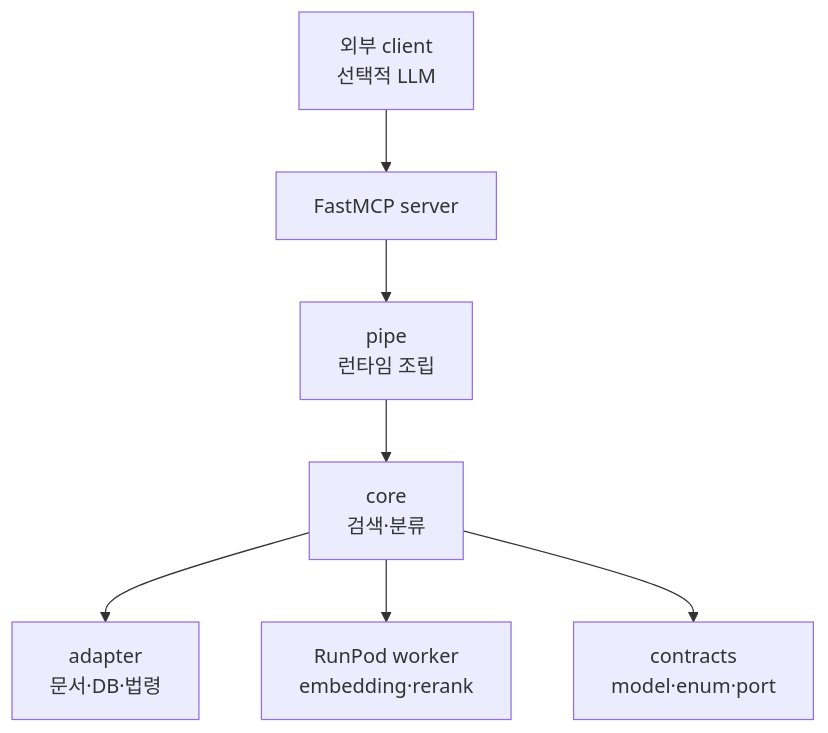
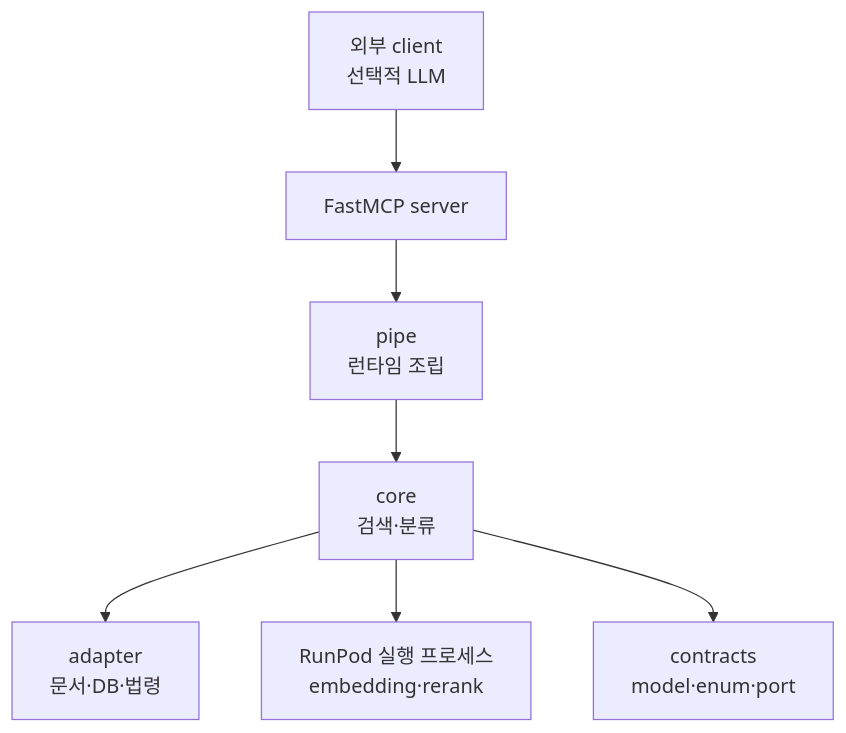
Before and after one commit to Hong1008/portfolio: the first of 2 diagrams in src/content/projects/workshield-mcp.mdx, drawn with Mermaid. The commit also changed other lines of this file and 32 other files, not shown here.

````diff
--- a/src/content/projects/workshield-mcp.mdx
+++ b/src/content/projects/workshield-mcp.mdx
@@ -134,11 +141,11 @@
 ```mermaid
 flowchart TD
 accTitle: WorkShield 시스템 책임 경계
-accDescr: 외부 클라이언트가 FastMCP 서버를 호출하고, 서버의 파이프라인이 문서와 검색 어댑터 및 RunPod 모델 worker를 사용하는 구조
+accDescr: 외부 클라이언트가 FastMCP 서버를 호출하고, 서버의 파이프라인이 문서와 검색 어댑터 및 RunPod 모델 실행 프로세스를 사용하는 구조
     C["외부 client<br/>선택적 LLM"] --> S["FastMCP server"]
     S --> P["pipe<br/>런타임 조립"]
     P --> K["core<br/>검색·분류"]
     K --> A["adapter<br/>문서·DB·법령"]
-    K --> R["RunPod worker<br/>embedding·rerank"]
+    K --> R["RunPod 실행 프로세스<br/>embedding·rerank"]
     K --> T["contracts<br/>model·enum·port"]
 ```
````
